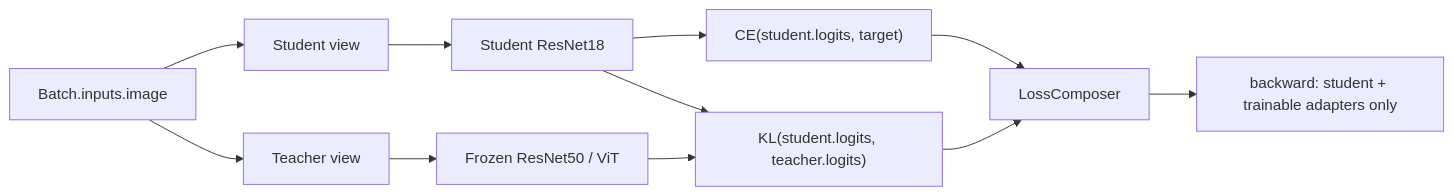
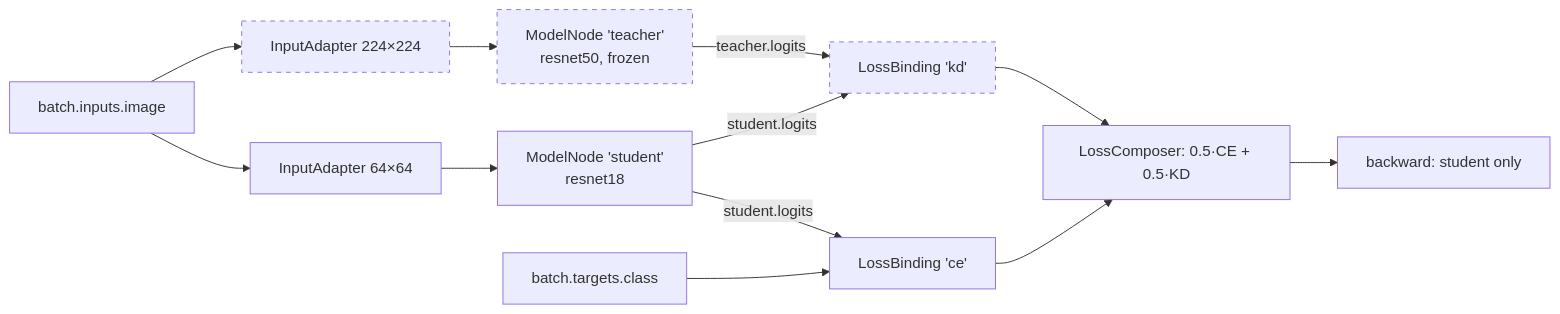
One commit to tile-and-error/imagenet-classification changed the fifth of 5 diagrams in PLAN.md. Above: the diagram before and after it, drawn with Mermaid. The commit also changed other lines of this file and 3 other files, not shown here.

````diff
--- a/PLAN.md
+++ b/PLAN.md
@@ -1288,11 +747,14 @@
 ```mermaid
 flowchart LR
-    X["Batch.inputs.image"] --> SV["Student view"] --> S["Student ResNet18"]
-    X --> TV["Teacher view"] --> T["Frozen ResNet50 / ViT"]
-    S --> CE["CE(student.logits, target)"]
-    S --> KL["KL(student.logits, teacher.logits)"]
-    T --> KL
-    CE --> TOTAL["LossComposer"]
-    KL --> TOTAL
-    TOTAL --> STEP["backward: student + trainable adapters only"]
+    IMG["batch.inputs.image"] --> SA["InputAdapter 64×64"] --> S["ModelNode 'student'<br/>resnet18"]
+    IMG --> TA["InputAdapter 224×224"] --> T["ModelNode 'teacher'<br/>resnet50, frozen"]
+    S -- "student.logits" --> CE["LossBinding 'ce'"]
+    Y["batch.targets.class"] --> CE
+    S -- "student.logits" --> KD["LossBinding 'kd'"]
+    T -- "teacher.logits" --> KD
+    CE --> SUM["LossComposer: 0.5·CE + 0.5·KD"]
+    KD --> SUM
+    SUM --> BW["backward: student only"]
+    classDef new stroke-dasharray: 5 5
+    class TA,T,KD new
 ```
````
